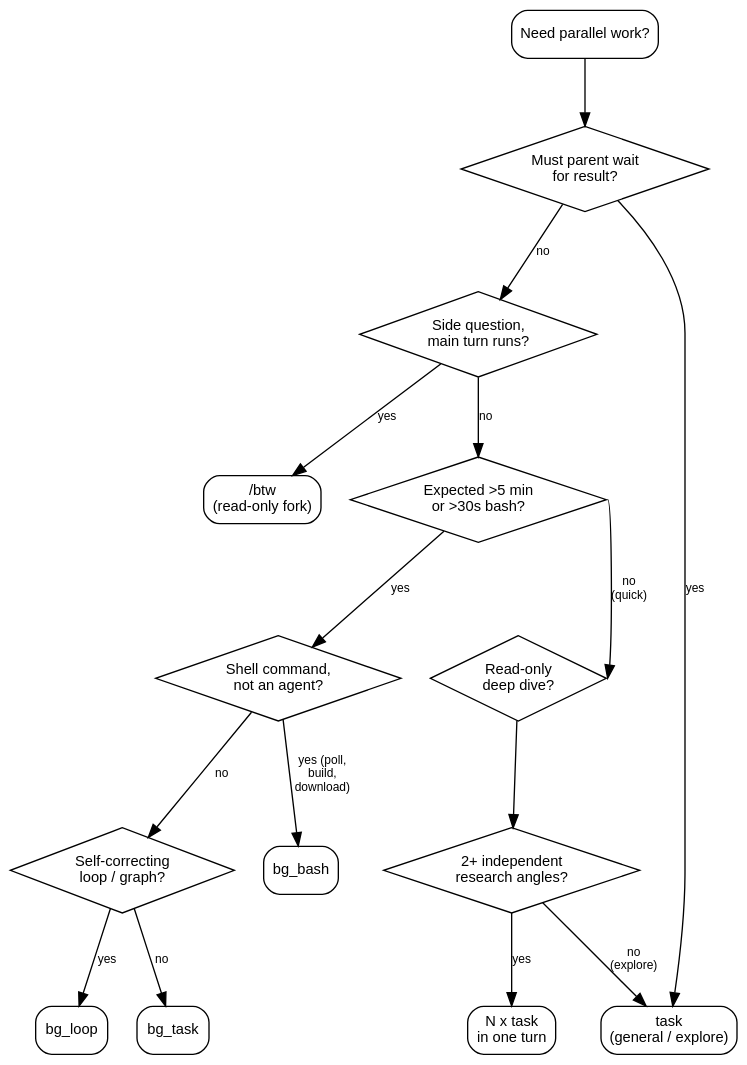
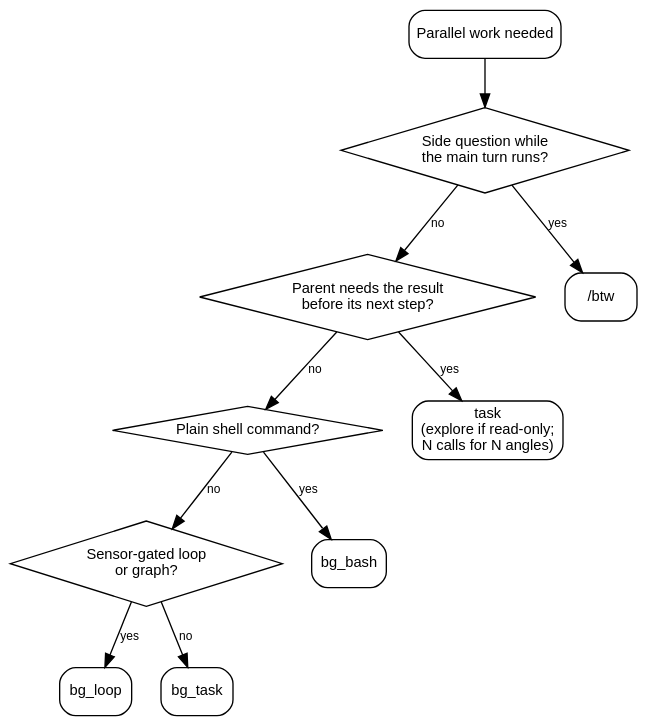
Before and after one commit to erfianugrah/lexicanum: the second of 2 diagrams in src/content/docs/reference/agent-subagents-and-worktrees.mdx, drawn with Graphviz. The commit also changed other lines of this file and 14 other files, not shown here.

First line of the commit message:
docs(harnesses): presentation, diagram and prose pass over the pi harness series (lexicanum#57)

````diff
--- a/src/content/docs/reference/agent-subagents-and-worktrees.mdx
+++ b/src/content/docs/reference/agent-subagents-and-worktrees.mdx
@@ -298,43 +280,30 @@
 ```dot
 digraph {
-  rankdir=TB; bgcolor="transparent"; nodesep=0.3; ranksep=0.7;
+  rankdir=TB; bgcolor="transparent"; nodesep=0.3; ranksep=0.5;
   fontname="Helvetica,Arial,sans-serif";
   node [fontname="Helvetica,Arial,sans-serif", fontsize=11, shape=diamond, margin="0.1,0.05"];
   edge [fontname="Helvetica,Arial,sans-serif", fontsize=9];
 
-  q [label="Need parallel work?", shape=box, style=rounded];
+  start [label="Parallel work needed", shape=box, style=rounded];
+  q_side [label="Side question while\nthe main turn runs?"];
+  q_wait [label="Parent needs the result\nbefore its next step?"];
+  q_shell [label="Plain shell command?"];
+  q_loop [label="Sensor-gated loop\nor graph?"];
 
-  q_block [label="Must parent wait\nfor result?"];
-  q_long  [label="Expected >5 min\nor >30s bash?"];
-  q_shell [label="Shell command,\nnot an agent?"];
-  q_loop  [label="Self-correcting\nloop / graph?"];
-  q_side  [label="Side question,\nmain turn runs?"];
-  q_readonly [label="Read-only\ndeep dive?"];
-  q_multi [label="2+ independent\nresearch angles?"];
+  r_btw [label="/btw", shape=box, style=rounded];
+  r_task [label="task\n(explore if read-only;\nN calls for N angles)", shape=box, style=rounded];
+  r_bash [label="bg_bash", shape=box, style=rounded];
+  r_loop [label="bg_loop", shape=box, style=rounded];
+  r_bg [label="bg_task", shape=box, style=rounded];
 
-  res_task [label="task\n(general / explore)", shape=box, style=rounded];
-  res_bg_task [label="bg_task", shape=box, style=rounded];
-  res_bg_bash [label="bg_bash", shape=box, style=rounded];
-  res_bg_loop [label="bg_loop", shape=box, style=rounded];
-  res_btw [label="/btw\n(read-only fork)", shape=box, style=rounded];
-  res_parallel [label="N x task\nin one turn", shape=box, style=rounded];
-
-  q -> q_block;
-  q_block -> res_task [label="yes"];
-  q_block -> q_side [label="no"];
-
-  q_side -> res_btw [label="yes"];
-  q_side -> q_long [label="no"];
-
-  q_long -> q_shell [label="yes"];
-  q_shell -> res_bg_bash [label="yes (poll,\nbuild,\ndownload)"];
+  start -> q_side;
+  q_side -> r_btw [label="yes"];
+  q_side -> q_wait [label="no"];
+  q_wait -> r_task [label="yes"];
+  q_wait -> q_shell [label="no"];
+  q_shell -> r_bash [label="yes"];
   q_shell -> q_loop [label="no"];
-  q_loop -> res_bg_loop [label="yes"];
-  q_loop -> res_bg_task [label="no"];
-
-  q_long:e -> q_readonly:e [label="no\n(quick)"];
-  q_readonly -> q_multi;
-  q_multi -> res_parallel [label="yes"];
-  q_multi -> res_task [label="no\n(explore)"];
+  q_loop -> r_loop [label="yes"];
+  q_loop -> r_bg [label="no"];
 }
 ```
````
